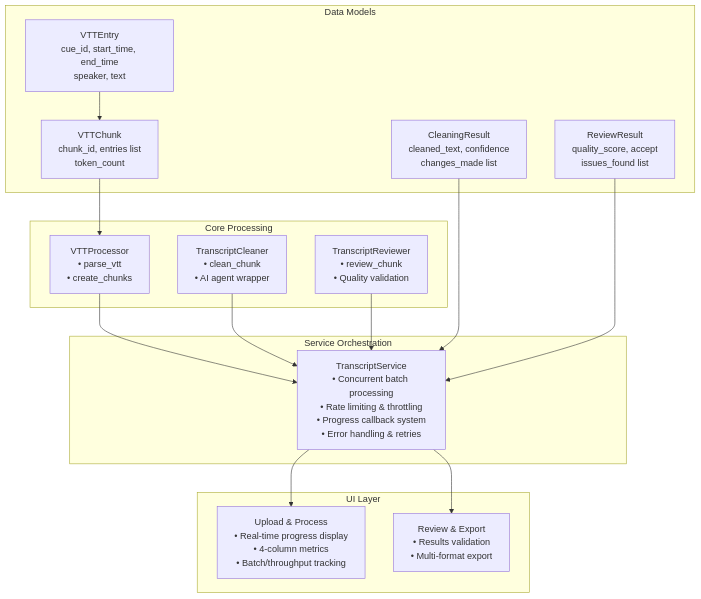
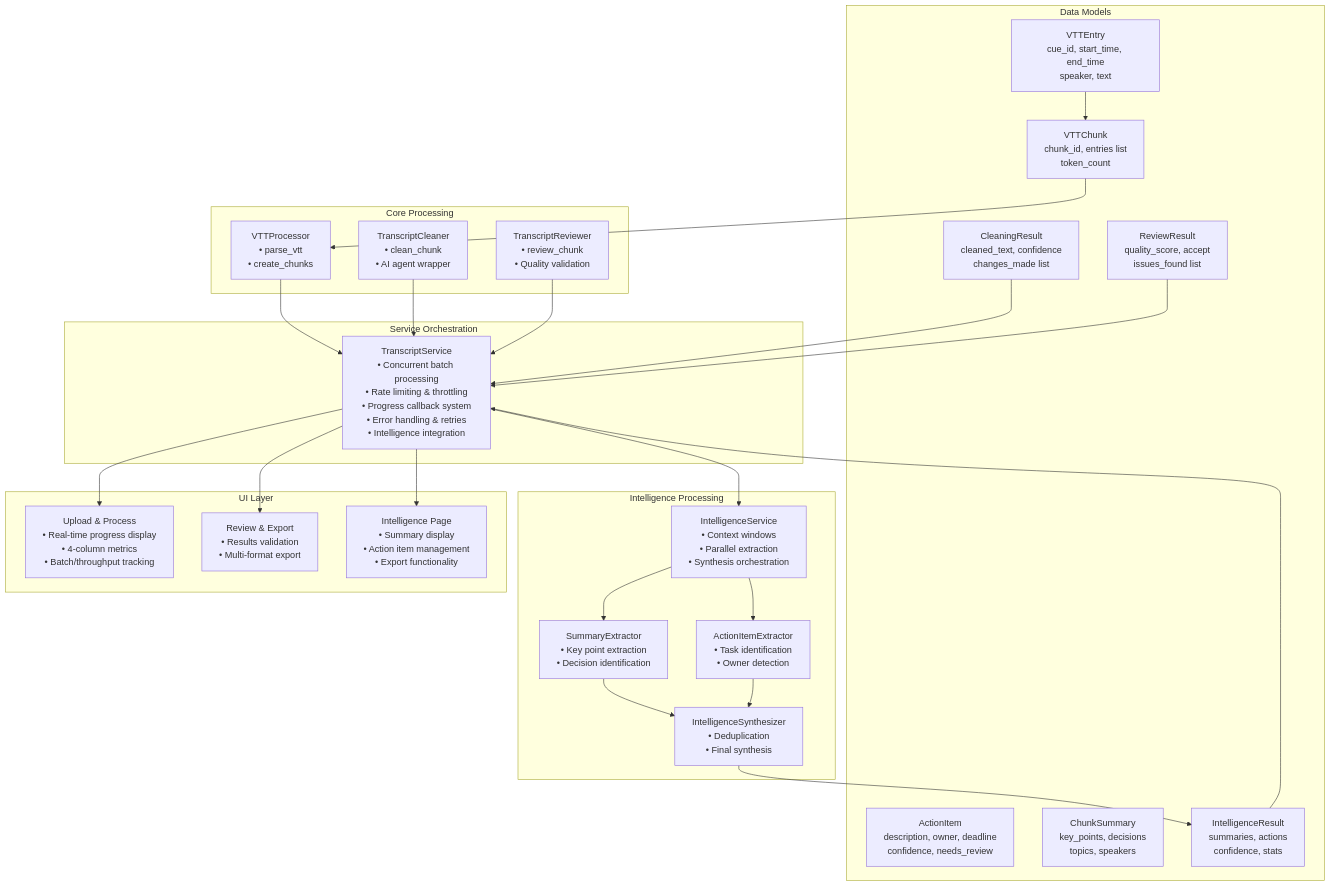
The second of 3 diagrams in README.md (denim-bluu/meeting_transcripts_cleaner), drawn with Mermaid before and after one commit. The commit also changed other lines of this file and 7 other files, not shown here.

First line of the commit message:
feat: Add meeting intelligence extraction with summaries and action items

````diff
--- a/README.md
+++ b/README.md
@@ -82,34 +132,53 @@
 ```mermaid
 graph TB
     subgraph "Data Models"
         VE[VTTEntry<br/>cue_id, start_time, end_time<br/>speaker, text]
         VC[VTTChunk<br/>chunk_id, entries list<br/>token_count]
         CR[CleaningResult<br/>cleaned_text, confidence<br/>changes_made list]
         RR[ReviewResult<br/>quality_score, accept<br/>issues_found list]
+        AI[ActionItem<br/>description, owner, deadline<br/>confidence, needs_review]
+        CS[ChunkSummary<br/>key_points, decisions<br/>topics, speakers]
+        IR[IntelligenceResult<br/>summaries, actions<br/>confidence, stats]
     end
 
     subgraph "Core Processing"
         VP[VTTProcessor<br/>• parse_vtt<br/>• create_chunks]
         TC[TranscriptCleaner<br/>• clean_chunk<br/>• AI agent wrapper]
         TR[TranscriptReviewer<br/>• review_chunk<br/>• Quality validation]
     end
 
+    subgraph "Intelligence Processing"
+        IS[IntelligenceService<br/>• Context windows<br/>• Parallel extraction<br/>• Synthesis orchestration]
+        SE[SummaryExtractor<br/>• Key point extraction<br/>• Decision identification]
+        AE[ActionItemExtractor<br/>• Task identification<br/>• Owner detection]
+        SY[IntelligenceSynthesizer<br/>• Deduplication<br/>• Final synthesis]
+    end
+
     subgraph "Service Orchestration"
-        TS[TranscriptService<br/>• Concurrent batch processing<br/>• Rate limiting & throttling<br/>• Progress callback system<br/>• Error handling & retries]
+        TS[TranscriptService<br/>• Concurrent batch processing<br/>• Rate limiting & throttling<br/>• Progress callback system<br/>• Error handling & retries<br/>• Intelligence integration]
     end
 
     subgraph "UI Layer"
         UP[Upload & Process<br/>• Real-time progress display<br/>• 4-column metrics<br/>• Batch/throughput tracking]
         RP[Review & Export<br/>• Results validation<br/>• Multi-format export]
+        IN[Intelligence Page<br/>• Summary display<br/>• Action item management<br/>• Export functionality]
     end
 
     VE --> VC
     VC --> VP
     VP --> TS
     TC --> TS
     TR --> TS
     CR --> TS
     RR --> TS
+    TS --> IS
+    IS --> SE
+    IS --> AE
+    SE --> SY
+    AE --> SY
+    SY --> IR
+    IR --> TS
     TS --> UP
     TS --> RP
+    TS --> IN
 ```
````
